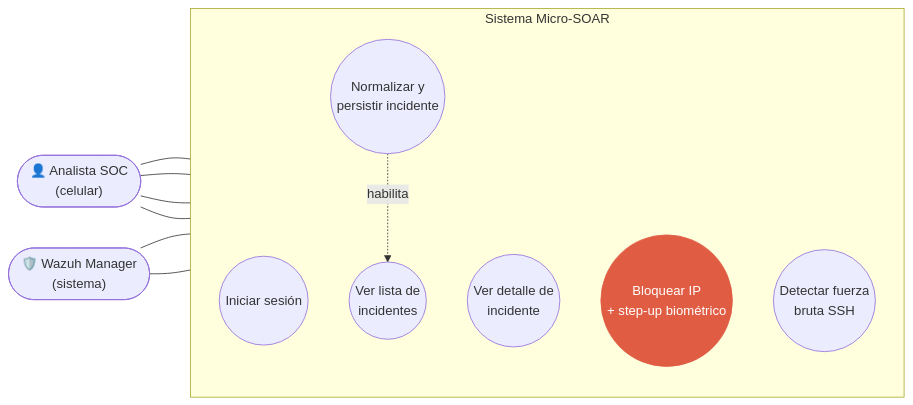
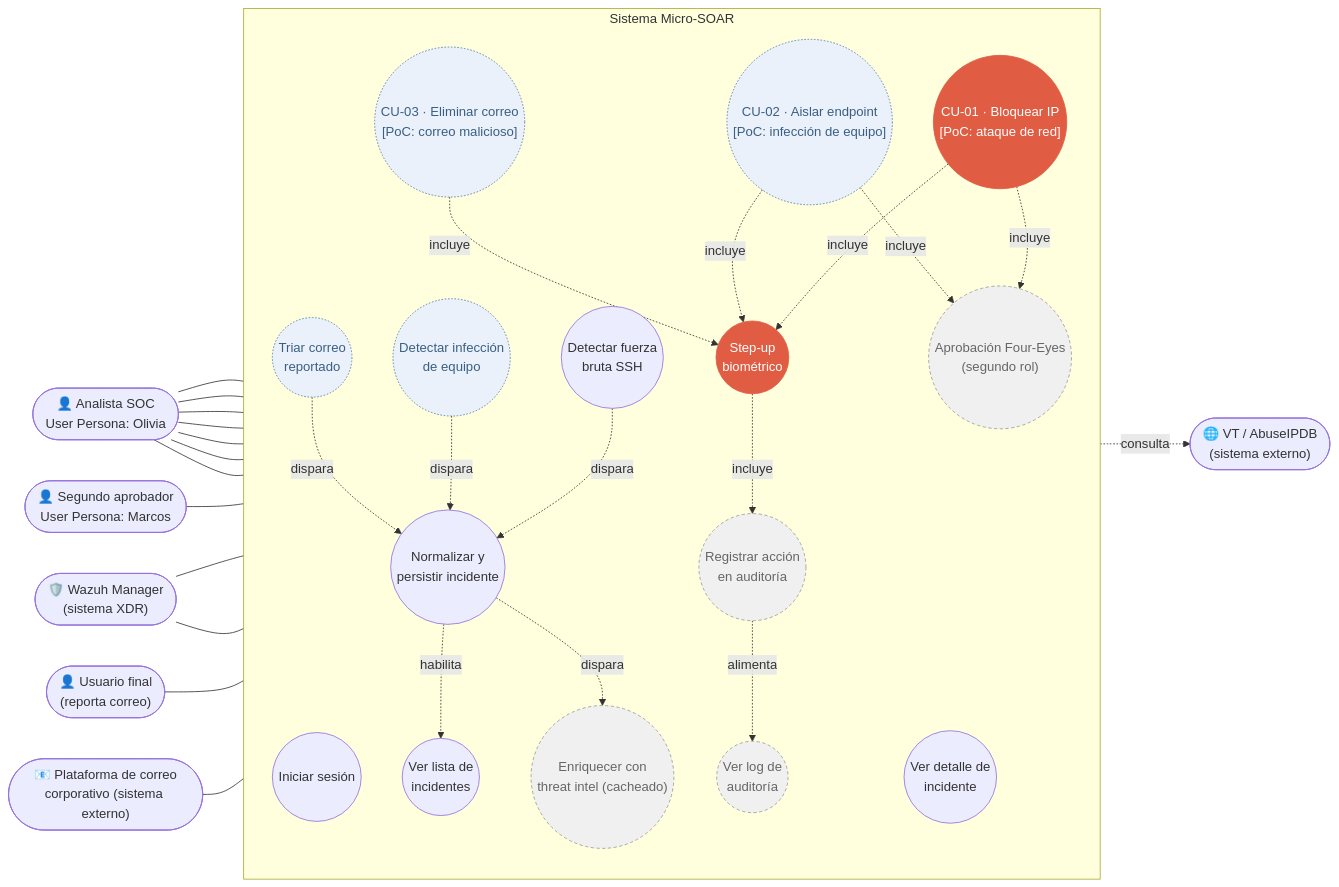
The fourth of 8 diagrams in DIAGRAMAS.md (loladiaz1/PFI_Ciberseguridad), drawn with Mermaid before and after one commit. The commit also changed other lines of this file and 14 other files, not shown here.

````diff
--- a/DIAGRAMAS.md
+++ b/DIAGRAMAS.md
@@ -101,25 +216,73 @@
 ```mermaid
 flowchart LR
-  Analyst(["👤 Analista SOC<br/>(celular)"])
-  WazuhSys(["🛡️ Wazuh Manager<br/>(sistema)"])
+  Analyst(["👤 Analista SOC<br/>User Persona: Olivia"])
+  Approver(["👤 Segundo aprobador<br/>User Persona: Marcos"])
+  WazuhSys(["🛡️ Wazuh Manager<br/>(sistema XDR)"])
+  Reporter(["👤 Usuario final<br/>(reporta correo)"])
+  ThreatIntel(["🌐 VT / AbuseIPDB<br/>(sistema externo)"])
+  MailPlatform(["📧 Plataforma de correo<br/>corporativo (sistema externo)"])
 
   subgraph MicroSOAR["Sistema Micro-SOAR"]
     direction TB
     UC1(("Iniciar sesión"))
     UC2(("Ver lista de<br/>incidentes"))
     UC3(("Ver detalle de<br/>incidente"))
-    UC4(("Bloquear IP<br/>+ step-up biométrico"))
-    UC5(("Detectar fuerza<br/>bruta SSH"))
-    UC6(("Normalizar y<br/>persistir incidente"))
+    Normalize(("Normalizar y<br/>persistir incidente"))
+    StepUp(("Step-up<br/>biométrico"))
+    FourEyes(("Aprobación Four-Eyes<br/>(segundo rol)"))
+    Audit(("Registrar acción<br/>en auditoría"))
+    ViewAudit(("Ver log de<br/>auditoría"))
+    Enrich(("Enriquecer con<br/>threat intel (cacheado)"))
+
+    DetSSH(("Detectar fuerza<br/>bruta SSH"))
+    CU1(("CU-01 · Bloquear IP<br/>[PoC: ataque de red]"))
+
+    DetInfect(("Detectar infección<br/>de equipo"))
+    CU2(("CU-02 · Aislar endpoint<br/>[PoC: infección de equipo]"))
+
+    DetPhish(("Triar correo<br/>reportado"))
+    CU3(("CU-03 · Eliminar correo<br/>[PoC: correo malicioso]"))
   end
 
   Analyst --- UC1
   Analyst --- UC2
   Analyst --- UC3
-  Analyst --- UC4
-  WazuhSys --- UC5
-  WazuhSys --- UC6
-  UC6 -.->|"habilita"| UC2
+  Analyst --- CU1
+  Analyst --- CU2
+  Analyst --- CU3
+  Analyst --- ViewAudit
+  Approver --- FourEyes
 
-  style UC4 fill:#e05d44,stroke:#e05d44,color:#fff
+  WazuhSys --- DetSSH
+  WazuhSys --- DetInfect
+  Reporter --- DetPhish
+  MailPlatform --- CU3
+
+  DetSSH -.->|"dispara"| Normalize
+  DetInfect -.->|"dispara"| Normalize
+  DetPhish -.->|"dispara"| Normalize
+  Normalize -.->|"habilita"| UC2
+  Normalize -.->|"dispara"| Enrich
+  Enrich -.->|"consulta"| ThreatIntel
+
+  CU1 -.->|"incluye"| StepUp
+  CU2 -.->|"incluye"| StepUp
+  CU3 -.->|"incluye"| StepUp
+  CU1 -.->|"incluye"| FourEyes
+  CU2 -.->|"incluye"| FourEyes
+  StepUp -.->|"incluye"| Audit
+  Audit -.->|"alimenta"| ViewAudit
+
+  style CU1 fill:#e05d44,stroke:#e05d44,color:#fff
+  style StepUp fill:#e05d44,stroke:#e05d44,color:#fff
+
+  style Enrich fill:#f0f0f0,stroke:#999,color:#666,stroke-dasharray: 4 3
+  style Audit fill:#f0f0f0,stroke:#999,color:#666,stroke-dasharray: 4 3
+  style ViewAudit fill:#f0f0f0,stroke:#999,color:#666,stroke-dasharray: 4 3
+  style FourEyes fill:#f0f0f0,stroke:#999,color:#666,stroke-dasharray: 4 3
+
+  style CU2 fill:#eaf1fb,stroke:#4a78a8,color:#3a5f82,stroke-dasharray: 2 2
+  style CU3 fill:#eaf1fb,stroke:#4a78a8,color:#3a5f82,stroke-dasharray: 2 2
+  style DetInfect fill:#eaf1fb,stroke:#4a78a8,color:#3a5f82,stroke-dasharray: 2 2
+  style DetPhish fill:#eaf1fb,stroke:#4a78a8,color:#3a5f82,stroke-dasharray: 2 2
 ```
````
